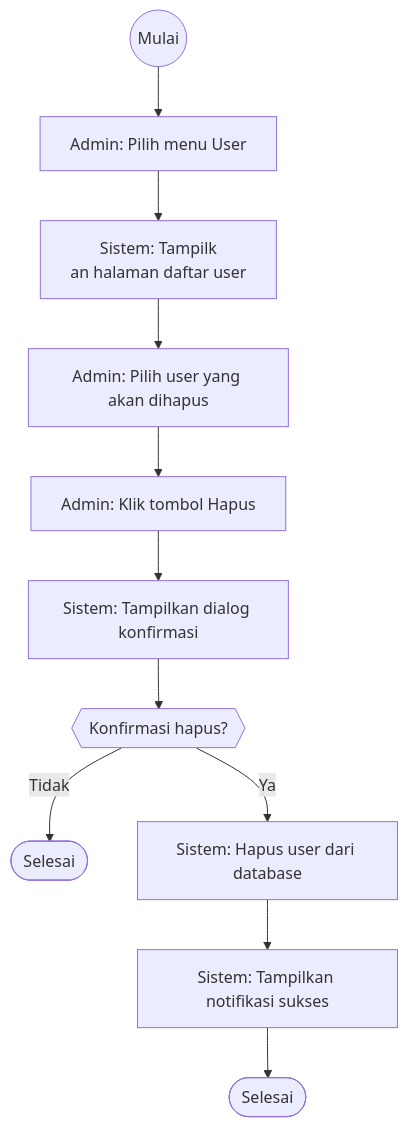
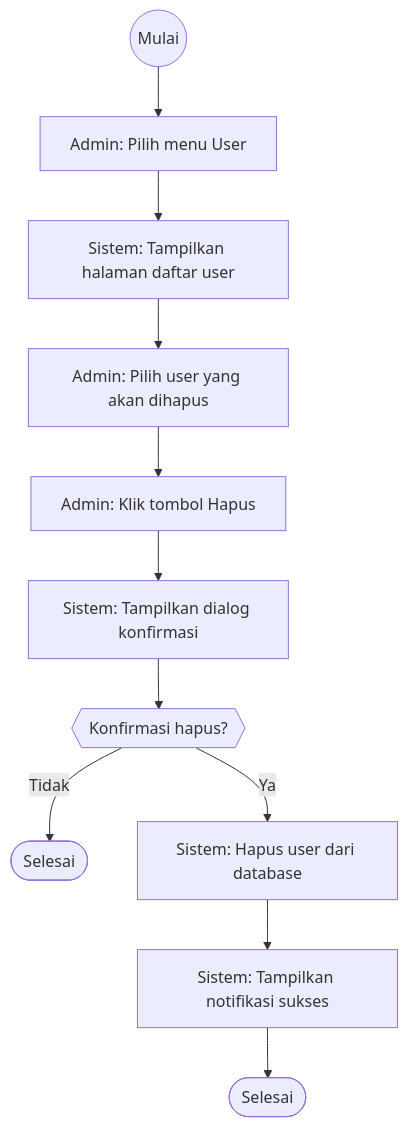
Before and after one commit to devWebs01/POS-DW: diagram 15 of 40 in docs/4.2-perancangan-sistem.md, drawn with Mermaid. The commit also changed other lines of this file, not shown here.

First line of the commit message:
fix: repair 14 broken mermaid diagrams (split arrows & multiline labels)

````diff
--- a/docs/4.2-perancangan-sistem.md
+++ b/docs/4.2-perancangan-sistem.md
@@ -1352,21 +1348,20 @@
 ```mermaid
 flowchart TD
   start((Mulai))
   A_A["Admin: Pilih menu User"]
   start --> A_A
-  S_A["Sistem: Tampilk
-an halaman daftar user"]
+  S_A["Sistem: Tampilkan halaman daftar user"]
   A_A --> S_A
   A_B["Admin: Pilih user yang akan dihapus"]
   S_A --> A_B
   A_C["Admin: Klik tombol Hapus"]
   A_B --> A_C
   S_B["Sistem: Tampilkan dialog konfirmasi"]
   A_C --> S_B
   D_A{{"Konfirmasi hapus?"}}
   S_B --> D_A
   D_A -->|Tidak| end_cancel([Selesai])
   D_A -->|Ya| S_C["Sistem: Hapus user dari database"]
   S_C --> S_D["Sistem: Tampilkan notifikasi sukses"]
   S_D --> end_success([Selesai])
 ```
````
